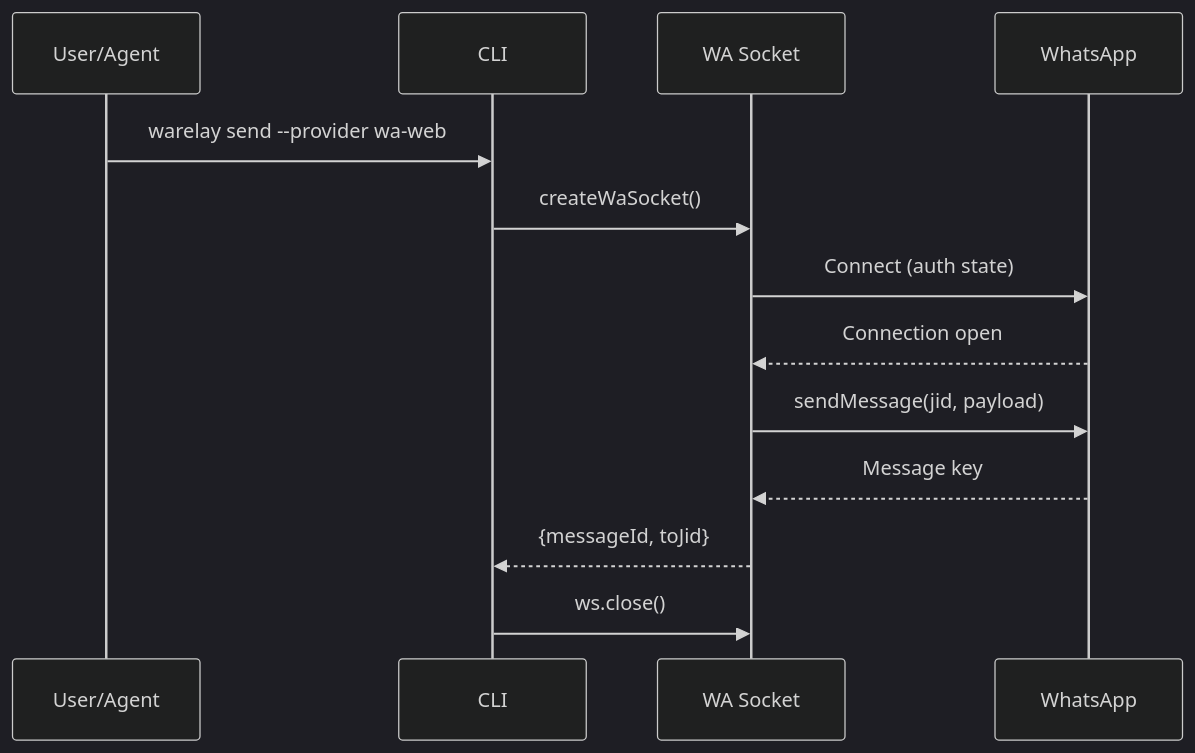
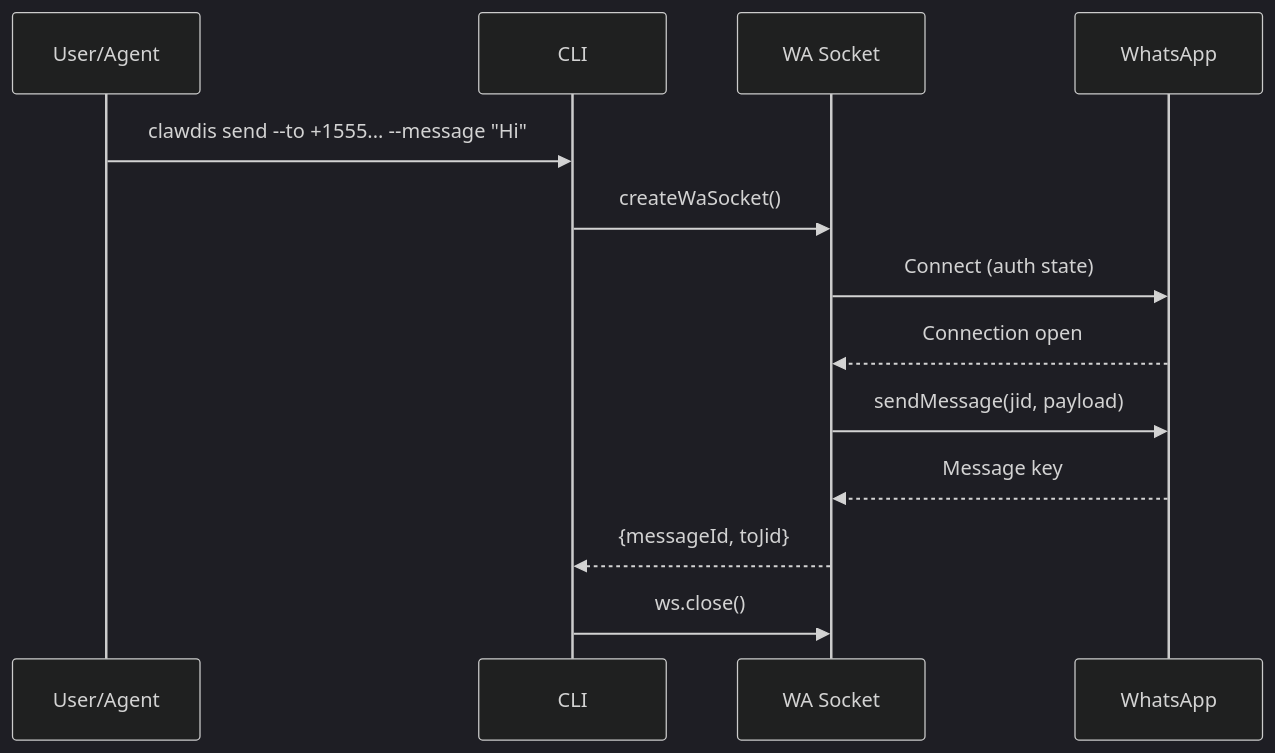
The fourth of 15 diagrams in docs/architecture/telegram-integration.md (arnemoor/tmerelay), drawn with Mermaid (dark theme) before and after one commit. The commit also changed other lines of this file and 2 other files, not shown here.

First line of the commit message:
refactor: remove legacy wa-twilio and wa-web provider naming

````diff
--- a/docs/architecture/telegram-integration.md
+++ b/docs/architecture/telegram-integration.md
@@ -169,16 +170,16 @@
 ```mermaid
 sequenceDiagram
   participant U as User/Agent
   participant C as CLI
   participant S as WA Socket
   participant WA as WhatsApp
 
-  U->>C: warelay send --provider wa-web
+  U->>C: clawdis send --to +1555... --message "Hi"
   C->>S: createWaSocket()
   S->>WA: Connect (auth state)
   WA-->>S: Connection open
   S->>WA: sendMessage(jid, payload)
   WA-->>S: Message key
   S-->>C: {messageId, toJid}
   C->>S: ws.close()
 ```
````
